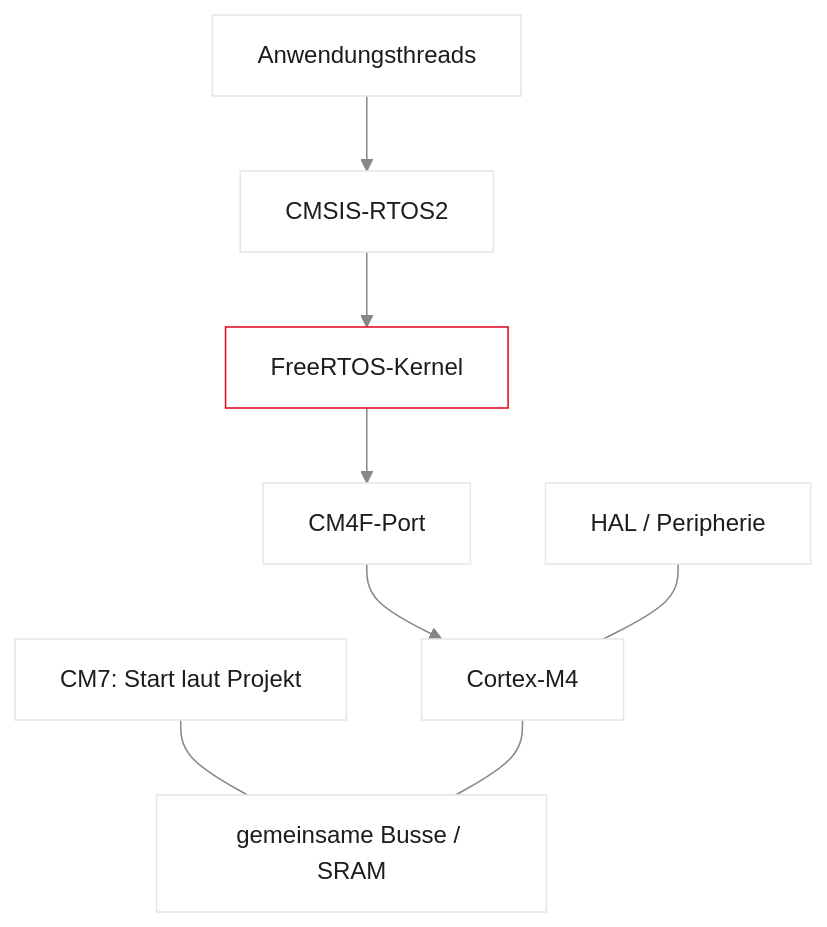
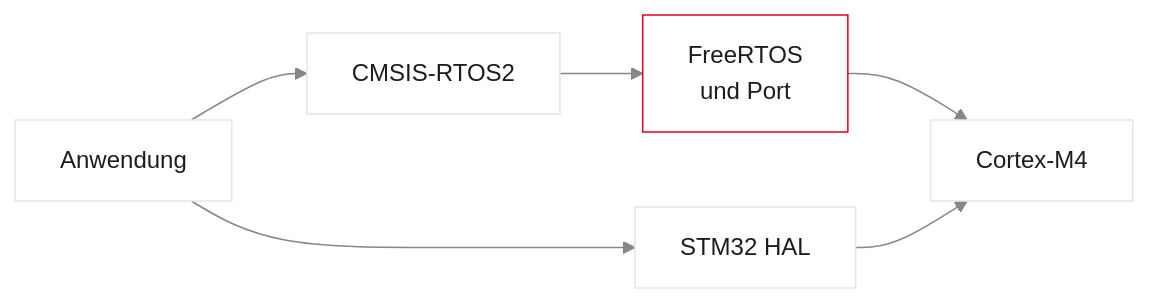
One commit to dantschi/echtzeitsysteme changed the first of 8 diagrams in vorlesungen/03_einfuehrung-rtos.qmd. Above: the diagram before and after it, drawn with Mermaid. The commit also changed other lines of this file and 4 other files, not shown here.

````diff
--- a/vorlesungen/03_einfuehrung-rtos.qmd
+++ b/vorlesungen/03_einfuehrung-rtos.qmd
@@ -173,13 +143,10 @@
 ```{mermaid}
-%%| fig-width: 6.2
-%%{init: {'theme': 'base', 'themeVariables': {'background': '#FFFFFF', 'primaryColor': '#FFFFFF', 'primaryBorderColor': '#E5E5EA', 'primaryTextColor': '#1D1D1F', 'lineColor': '#86868B', 'secondaryColor': '#F5F5F7', 'tertiaryColor': '#FFFFFF', 'mainBkg': '#FFFFFF', 'nodeBorder': '#E5E5EA', 'clusterBkg': '#F5F5F7', 'clusterBorder': '#E5E5EA', 'titleColor': '#1D1D1F', 'edgeLabelBackground': '#FFFFFF'}}}%%
-flowchart TB
-  APP[Anwendungsthreads] --> CMSIS[CMSIS-RTOS2]
-  CMSIS --> K[FreeRTOS-Kernel]
-  K --> P[CM4F-Port]
-  P --> M4[Cortex-M4]
-  HAL[HAL / Peripherie] --- M4
-  M7[CM7: Start laut Projekt] --- BUS[gemeinsame Busse / SRAM]
-  M4 --- BUS
-  style K fill:#FFFFFF,stroke:#E2001A,stroke-width:2px !important
+%%{init: {'theme': 'base', 'themeVariables': {'primaryColor': '#FFFFFF', 'primaryBorderColor': '#E5E5EA', 'primaryTextColor': '#1D1D1F', 'lineColor': '#86868B', 'secondaryColor': '#F5F5F7', 'tertiaryColor': '#FFFFFF'}}}%%
+flowchart LR
+  A["Anwendung"] --> C["CMSIS-RTOS2"]
+  C --> F["FreeRTOS<br/>und Port"]
+  A --> H["STM32 HAL"]
+  F --> M["Cortex-M4"]
+  H --> M
+  style F fill:#FFFFFF,stroke:#E2001A,stroke-width:2px !important
 ```
````
